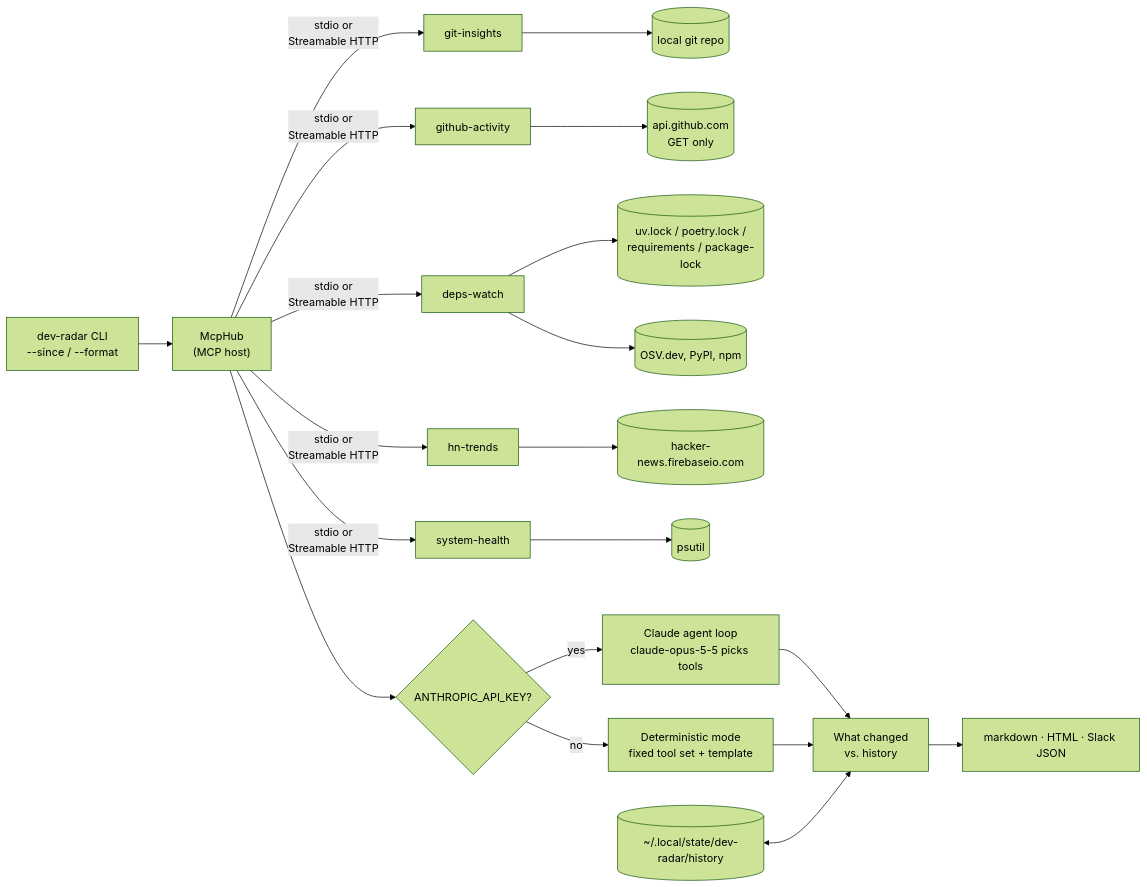
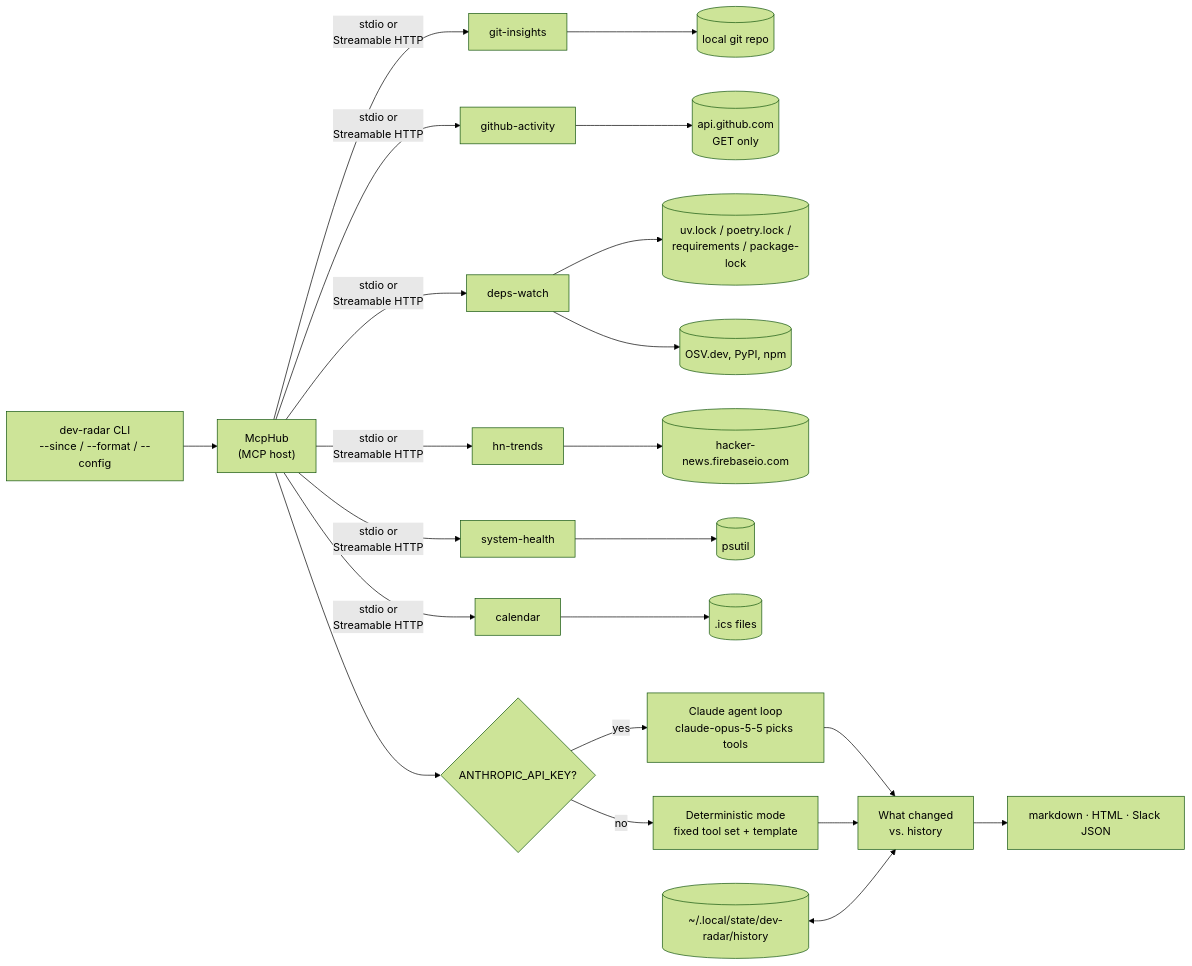
One commit to sakshamchitkara-dotcom/dev-radar changed the diagram in README.md. Above: the diagram before and after it, drawn with Mermaid (forest theme). The commit also changed other lines of this file and 2 other files, not shown here.

First line of the commit message:
docs: document calendar, config, auth, timings and known limits with real output

````diff
--- a/README.md
+++ b/README.md
@@ -17,22 +18,24 @@
 ```mermaid
 flowchart LR
-    CLI["dev-radar CLI<br/>--since / --format"] --> HUB["McpHub<br/>(MCP host)"]
+    CLI["dev-radar CLI<br/>--since / --format / --config"] --> HUB["McpHub<br/>(MCP host)"]
     HUB -- "stdio or<br/>Streamable HTTP" --> GIT["git-insights"]
     HUB -- "stdio or<br/>Streamable HTTP" --> GH["github-activity"]
     HUB -- "stdio or<br/>Streamable HTTP" --> DEPS["deps-watch"]
     HUB -- "stdio or<br/>Streamable HTTP" --> HN["hn-trends"]
     HUB -- "stdio or<br/>Streamable HTTP" --> SYS["system-health"]
+    HUB -- "stdio or<br/>Streamable HTTP" --> CAL["calendar"]
     GIT --> REPO[("local git repo")]
     GH --> GHAPI[("api.github.com<br/>GET only")]
     DEPS --> LOCK[("uv.lock / poetry.lock /<br/>requirements / package-lock")]
     DEPS --> OSV[("OSV.dev, PyPI, npm")]
     HN --> HNAPI[("hacker-news.firebaseio.com")]
     SYS --> PS[("psutil")]
+    CAL --> ICS[(".ics files")]
     HUB --> MODE{"ANTHROPIC_API_KEY?"}
     MODE -- "yes" --> CLAUDE["Claude agent loop<br/>claude-opus-5-5 picks tools"]
     MODE -- "no" --> FALLBACK["Deterministic mode<br/>fixed tool set + template"]
     CLAUDE --> DIFF["What changed<br/>vs. history"]
     FALLBACK --> DIFF
     HIST[("~/.local/state/dev-radar/history")] <--> DIFF
     DIFF --> OUT["markdown · HTML · Slack JSON"]
 ```
````
